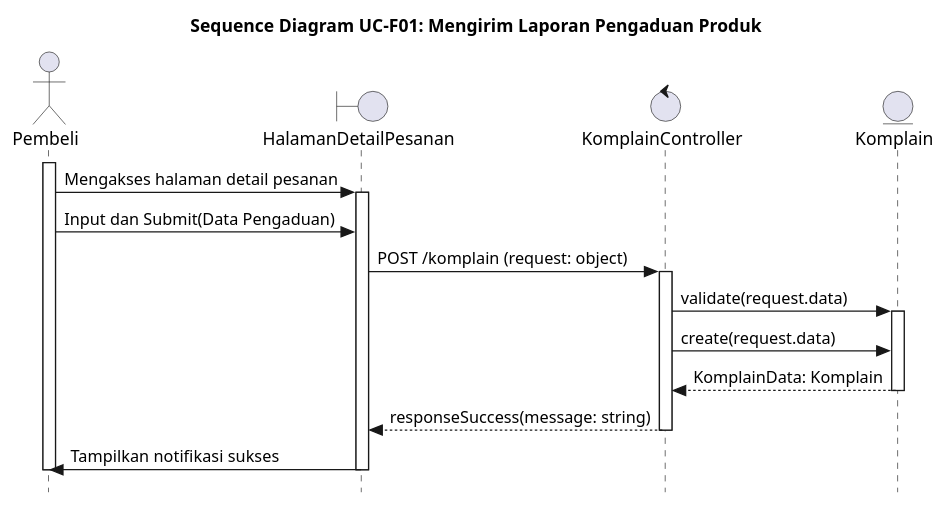
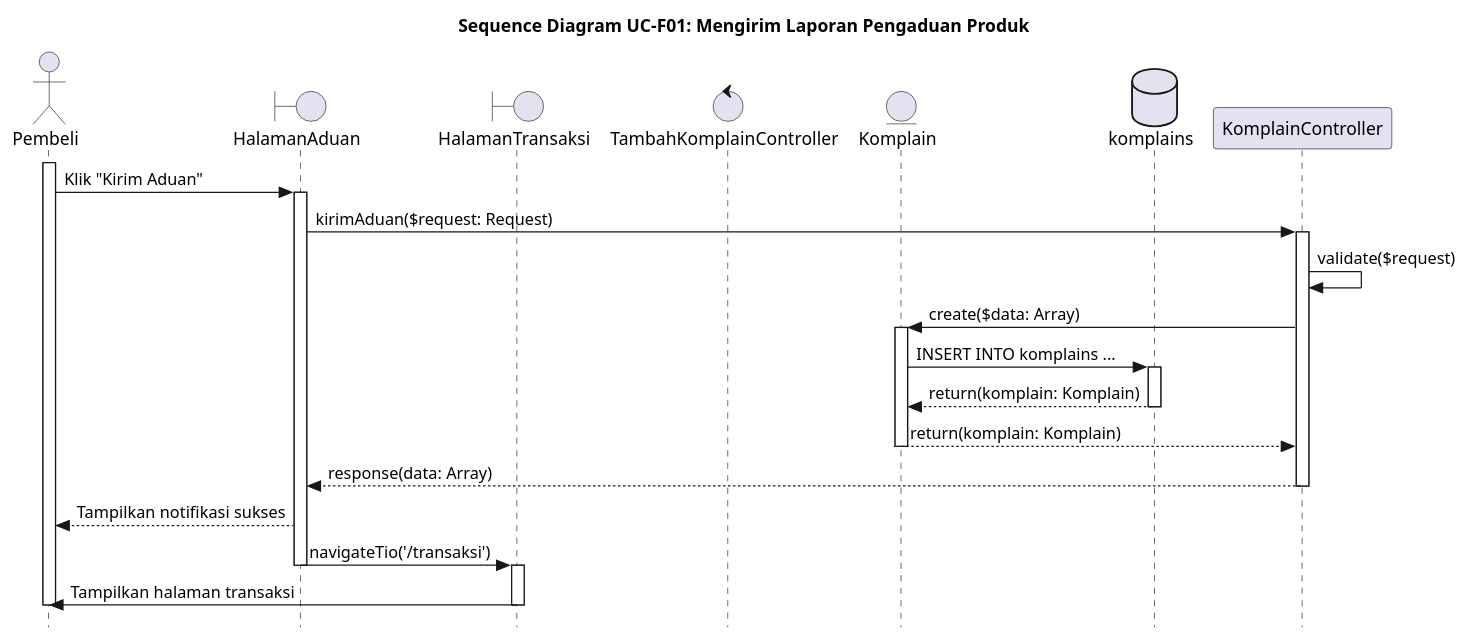
The diagram in UC-F01.PUML (alfiahnurfa/RSI-PROYEK-AKHIR-SEQUENCE), drawn with PlantUML before and after one commit. The commit also changed 15 other files, not shown here.

Commit message:
perbaikan seq diagram

```diff
--- a/UC-F01.PUML
+++ b/UC-F01.PUML
@@ -1,33 +1,45 @@
 @startuml SD-UC-F01_MengirimPengaduan
 title Sequence Diagram UC-F01: Mengirim Laporan Pengaduan Produk
 skinparam style strictuml
 
 actor Pembeli
-boundary HalamanDetailPesanan
-control KomplainController
+boundary HalamanAduan
+boundary HalamanTransaksi
+control TambahKomplainController
 entity Komplain
+database komplains
 
 activate Pembeli
-Pembeli -> HalamanDetailPesanan : Mengakses halaman detail pesanan
-activate HalamanDetailPesanan
+Pembeli -> HalamanAduan : Klik "Kirim Aduan"
+activate HalamanAduan
 
-Pembeli -> HalamanDetailPesanan : Input dan Submit(Data Pengaduan)
-
-HalamanDetailPesanan -> KomplainController : POST /komplain (request: object)
+HalamanAduan -> KomplainController : kirimAduan($request: Request)
 activate KomplainController
 
-KomplainController -> Komplain : validate(request.data)
+KomplainController -> KomplainController : validate($request)
+
+KomplainController -> Komplain : create($data: Array)
 activate Komplain
 
-KomplainController -> Komplain : create(request.data)
-Komplain --> KomplainController : KomplainData: Komplain
+Komplain -> komplains : INSERT INTO komplains ...
+activate komplains
+
+komplains --> Komplain : return(komplain: Komplain)
+deactivate komplains
+
+Komplain --> KomplainController : return(komplain: Komplain)
 deactivate Komplain
 
-KomplainController --> HalamanDetailPesanan : responseSuccess(message: string)
+KomplainController --> HalamanAduan : response(data: Array)
 deactivate KomplainController
 
-HalamanDetailPesanan -> Pembeli : Tampilkan notifikasi sukses
-deactivate HalamanDetailPesanan
+HalamanAduan --> Pembeli : Tampilkan notifikasi sukses
+HalamanAduan -> HalamanTransaksi : navigateTio('/transaksi')
+deactivate HalamanAduan
+activate HalamanTransaksi
+
+HalamanTransaksi -> Pembeli : Tampilkan halaman transaksi
+deactivate HalamanTransaksi
 deactivate Pembeli
 
 @enduml
```
